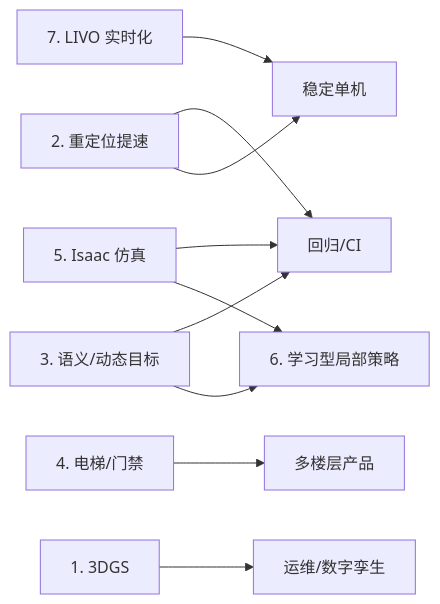
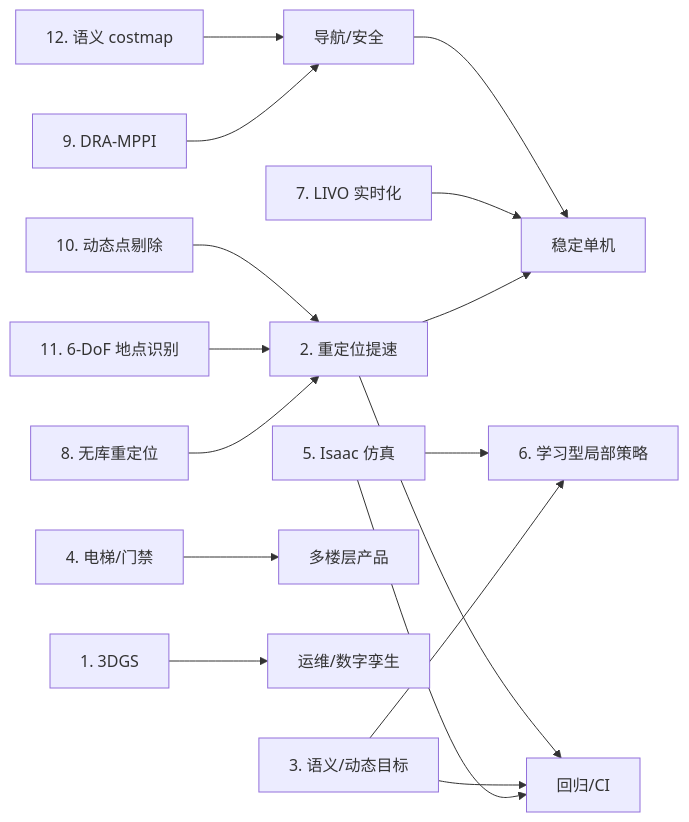
The diagram in README.md (MQjehovah/rosiwit_ws), drawn with Mermaid before and after one commit. The commit also changed other lines of this file, not shown here.

First line of the commit message:
docs(readme): add TODO #8-#12 (KISS-Matcher, DRA-MPPI, dynamic-point removal, BTC/RE-TRIP, semantic costmap)

````diff
--- a/README.md
+++ b/README.md
@@ -50,12 +55,18 @@
 ```mermaid
 graph LR
   R[2. 重定位提速] --> S[稳定单机]
   V[7. LIVO 实时化] --> S
   P[3. 语义/动态目标] --> L[6. 学习型局部策略]
   I[5. Isaac 仿真] --> L
   I --> C[回归/CI]
   P --> C
   R --> C
   E[4. 电梯/门禁] --> M[多楼层产品]
   G[1. 3DGS] --> O[运维/数字孪生]
+  K[8. 无库重定位] --> R
+  B[11. 6-DoF 地点识别] --> R
+  D[10. 动态点剔除] --> R
+  Q[9. DRA-MPPI] --> N[导航/安全]
+  SM[12. 语义 costmap] --> N
+  N --> S
 ```
````
